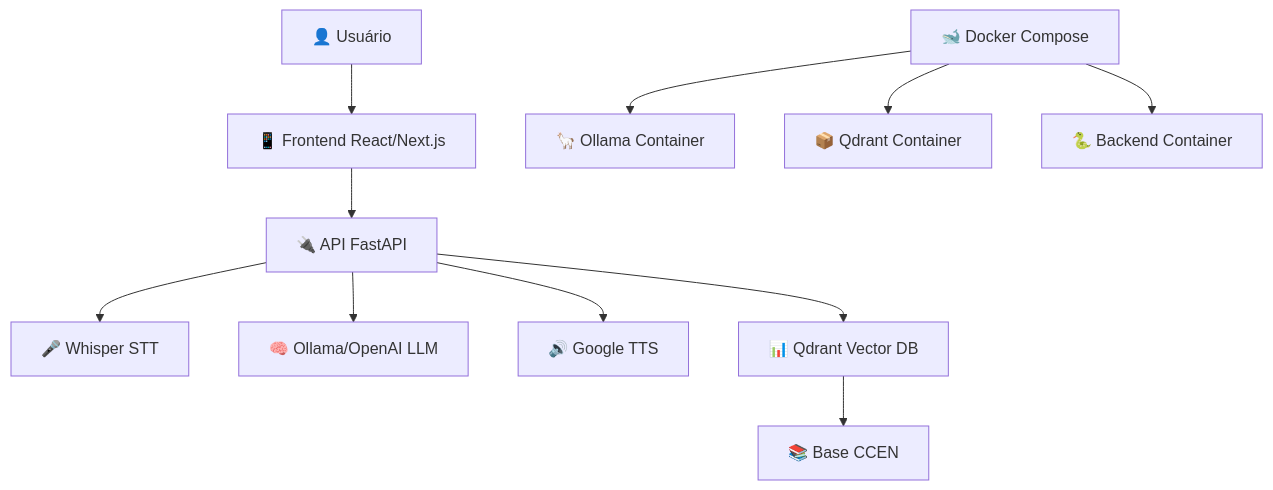
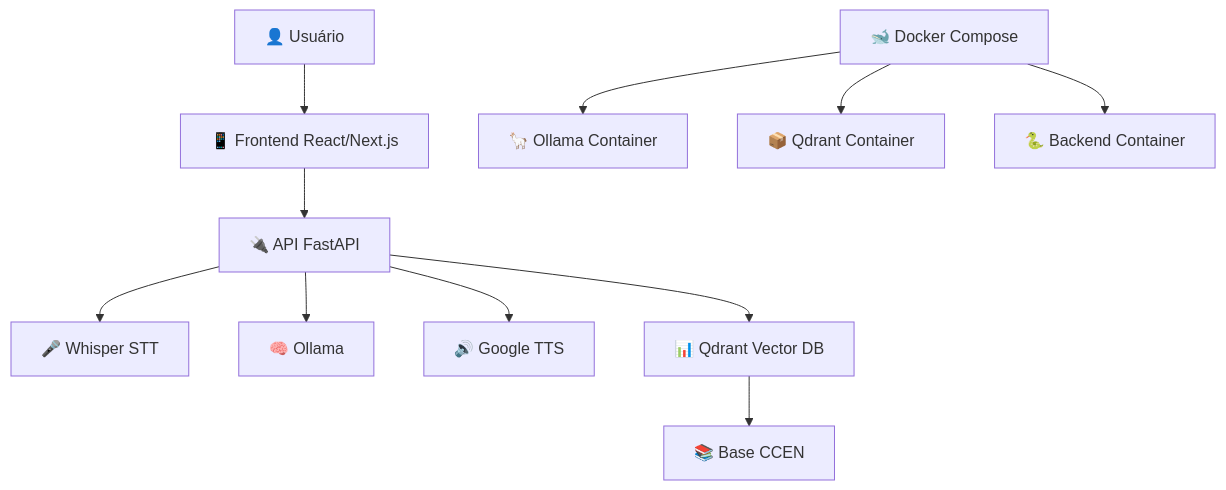
The diagram in README.md (charles-gabriel-cc/TTS-app), drawn with Mermaid before and after one commit. The commit also changed other lines of this file, not shown here.

````diff
--- a/README.md
+++ b/README.md
@@ -48,13 +41,13 @@
 ```mermaid
 graph TB
     A[👤 Usuário] --> B[📱 Frontend React/Next.js]
     B --> C[🔌 API FastAPI]
     C --> D[🎤 Whisper STT]
-    C --> E[🧠 Ollama/OpenAI LLM]
+    C --> E[🧠 Ollama]
     C --> F[🔊 Google TTS]
     C --> G[📊 Qdrant Vector DB]
     H[🐋 Docker Compose] --> I[🦙 Ollama Container]
     H --> J[📦 Qdrant Container]
     H --> K[🐍 Backend Container]
     G --> L[📚 Base CCEN]
 ```
````
